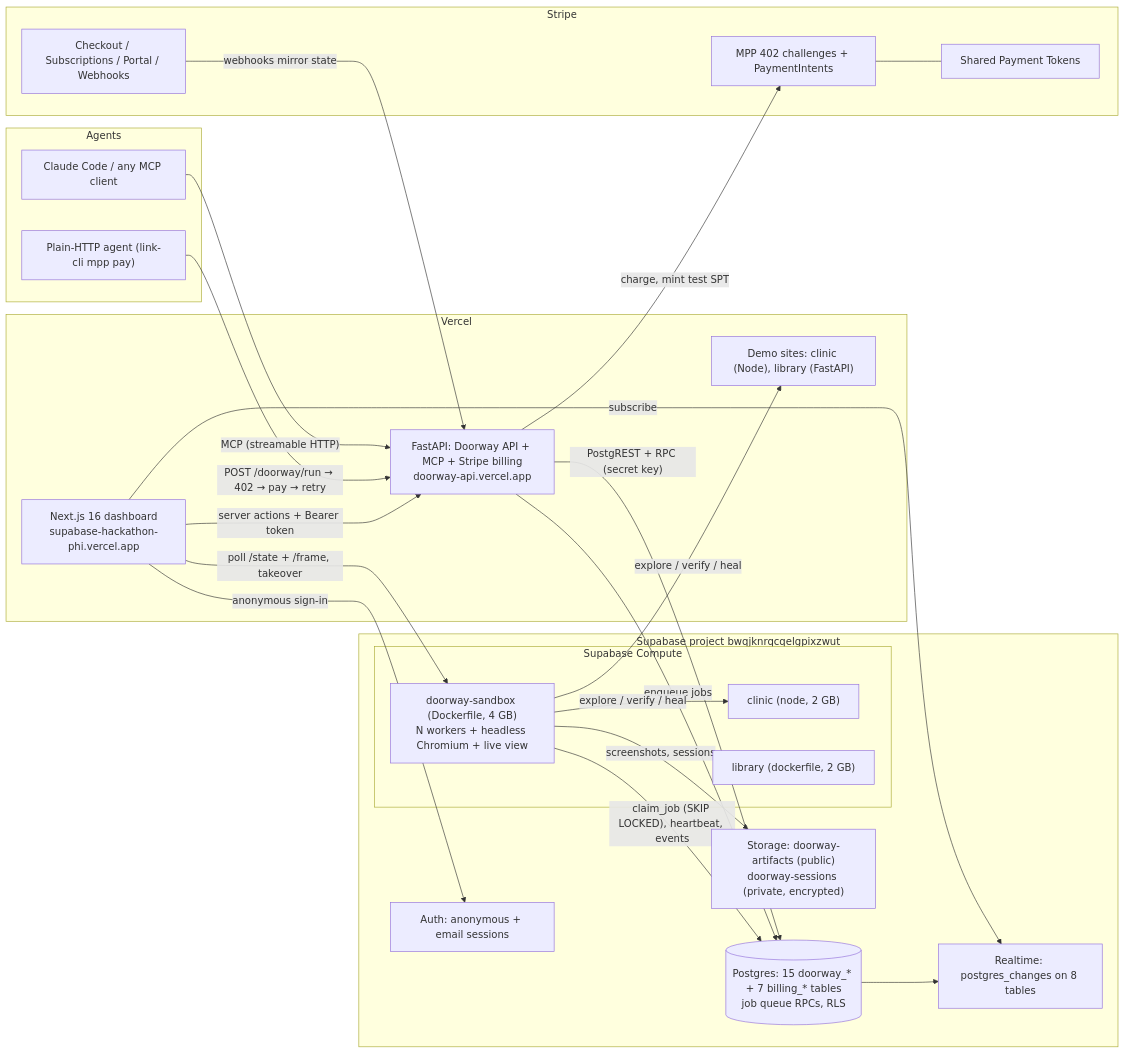
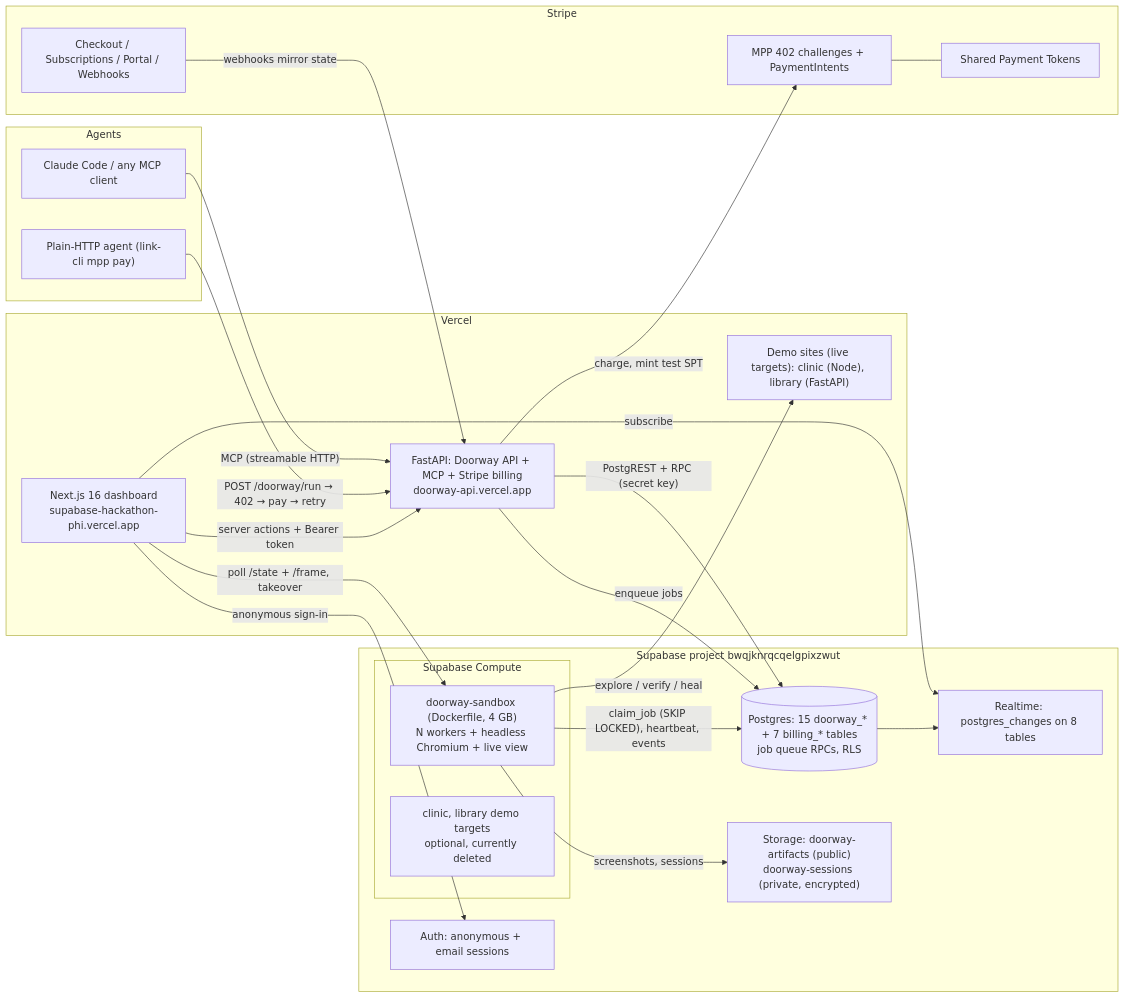
One commit to AliUraish/Supadoopa_hackathon changed the first of 4 diagrams in README.md. Above: the diagram before and after it, drawn with Mermaid. The commit also changed other lines of this file, not shown here.

````diff
--- a/README.md
+++ b/README.md
@@ -103,48 +120,46 @@
 ```mermaid
 flowchart LR
   subgraph Agents
     CC["Claude Code / any MCP client"]
     HTTP["Plain-HTTP agent (link-cli mpp pay)"]
   end
 
   subgraph Vercel
     FE["Next.js 16 dashboard<br/>supabase-hackathon-phi.vercel.app"]
     API["FastAPI: Doorway API + MCP + Stripe billing<br/>doorway-api.vercel.app"]
-    DEMO["Demo sites: clinic (Node), library (FastAPI)"]
+    DEMO["Demo sites (live targets): clinic (Node), library (FastAPI)"]
   end
 
   subgraph Supabase["Supabase project bwqjknrqcqelgpixzwut"]
     PG[("Postgres: 15 doorway_* + 7 billing_* tables<br/>job queue RPCs, RLS")]
     RT["Realtime: postgres_changes on 8 tables"]
     AUTH["Auth: anonymous + email sessions"]
     ST["Storage: doorway-artifacts (public)<br/>doorway-sessions (private, encrypted)"]
     subgraph Compute["Supabase Compute"]
       SB["doorway-sandbox (Dockerfile, 4 GB)<br/>N workers + headless Chromium + live view"]
-      CL["clinic (node, 2 GB)"]
-      LB["library (dockerfile, 2 GB)"]
+      CL["clinic, library demo targets<br/>optional, currently deleted"]
     end
   end
 
   subgraph Stripe
     MPP["MPP 402 challenges + PaymentIntents"]
     SPT["Shared Payment Tokens"]
     BILL["Checkout / Subscriptions / Portal / Webhooks"]
   end
 
   CC -- "MCP (streamable HTTP)" --> API
   HTTP -- "POST /doorway/run → 402 → pay → retry" --> API
   FE -- "server actions + Bearer token" --> API
   FE -- "subscribe" --> RT
   FE -- "anonymous sign-in" --> AUTH
   FE -- "poll /state + /frame, takeover" --> SB
   API -- "PostgREST + RPC (secret key)" --> PG
   API -- "enqueue jobs" --> PG
   SB -- "claim_job (SKIP LOCKED), heartbeat, events" --> PG
   SB -- "explore / verify / heal" --> DEMO
-  SB -- "explore / verify / heal" --> CL
   SB -- "screenshots, sessions" --> ST
   PG --> RT
   API -- "charge, mint test SPT" --> MPP
   MPP --- SPT
   BILL -- "webhooks mirror state" --> API
 ```
````
